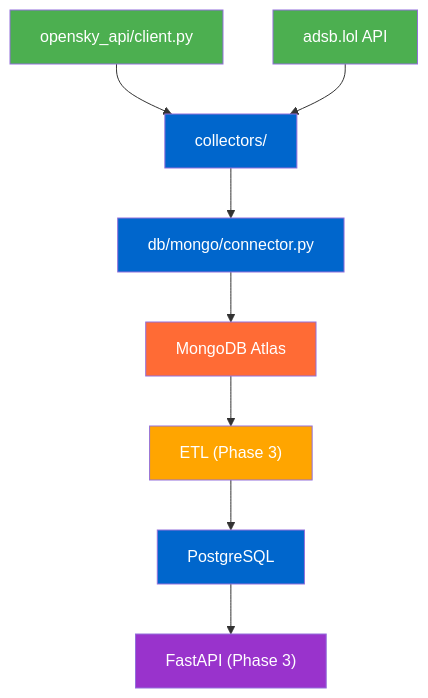
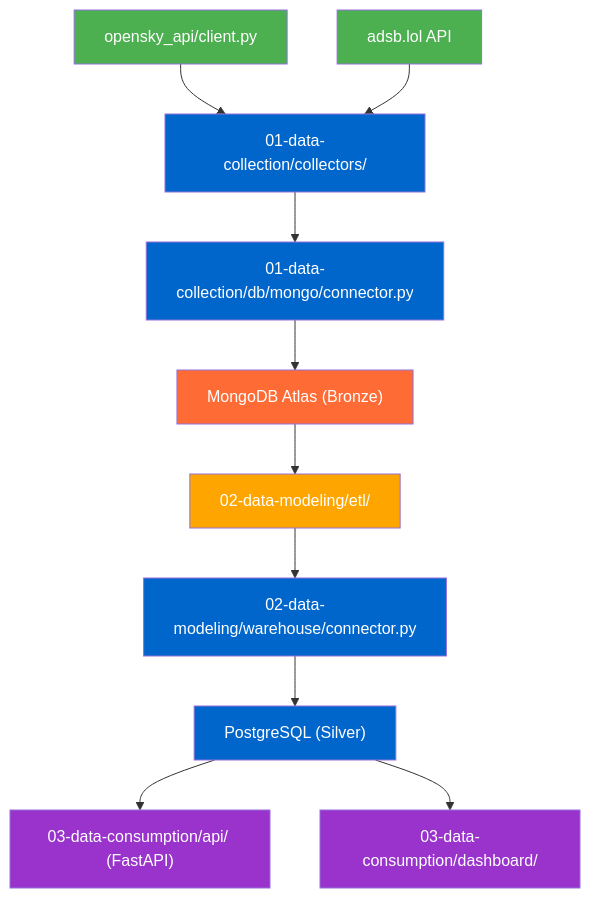
The fifth of 6 diagrams in docs/architecture/README.md (MatthiasSails/airline-data-platform), drawn with Mermaid before and after one commit. The commit also changed other lines of this file, not shown here.

First line of the commit message:
docs(architecture): refresh phase diagrams to OpenSky-States medallion model

````diff
--- a/docs/architecture/README.md
+++ b/docs/architecture/README.md
@@ -162,23 +178,27 @@
 ```mermaid
 graph TD
     OS["opensky_api/client.py"]
     ADSB["adsb.lol API"]
 
-    OS --> COL["collectors/"]
+    OS --> COL["01-data-collection/collectors/"]
     ADSB --> COL
 
-    COL --> CONN["db/mongo/connector.py"]
-    CONN --> MDB["MongoDB Atlas"]
-    MDB --> ETL["ETL (Phase 3)"]
-    ETL --> PG["PostgreSQL"]
-    PG --> API["FastAPI (Phase 3)"]
+    COL --> CONN["01-data-collection/db/mongo/connector.py"]
+    CONN --> MDB["MongoDB Atlas (Bronze)"]
+    MDB --> ETL["02-data-modeling/etl/"]
+    ETL --> WCON["02-data-modeling/warehouse/connector.py"]
+    WCON --> PG["PostgreSQL (Silver)"]
+    PG --> API["03-data-consumption/api/ (FastAPI)"]
+    PG --> DASH["03-data-consumption/dashboard/"]
 
     style OS fill:#4CAF50,color:#fff
     style ADSB fill:#4CAF50,color:#fff
     style COL fill:#0066CC,color:#fff
     style CONN fill:#0066CC,color:#fff
     style MDB fill:#FF6B35,color:#fff
     style ETL fill:#FFA500,color:#fff
+    style WCON fill:#0066CC,color:#fff
     style PG fill:#0066CC,color:#fff
     style API fill:#9933CC,color:#fff
+    style DASH fill:#9933CC,color:#fff
 ```
````
